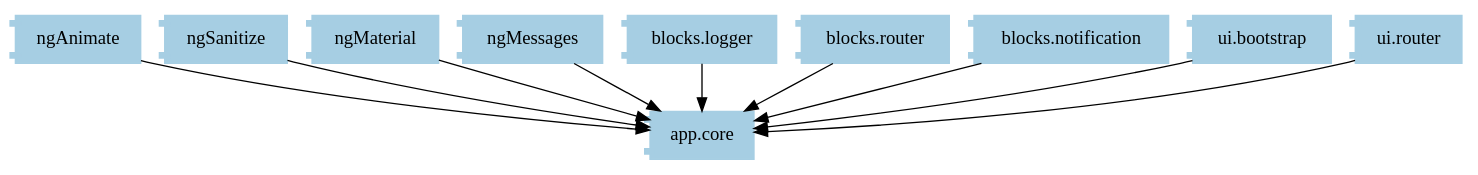
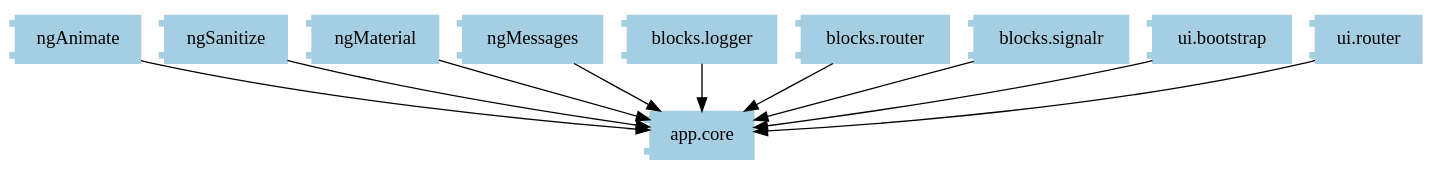
The diagram in client/architecture/dot/modules/app.core.dot (andrea-spotsoftware/angular-signalR), drawn with Graphviz before and after one commit. The commit also changed 17 other files, not shown here.

Commit message:
changed notificationHub to generic signalrHub

```diff
--- a/client/architecture/dot/modules/app.core.dot
+++ b/client/architecture/dot/modules/app.core.dot
@@ -1,76 +1,76 @@
 digraph dependencies {
   node[shape="component",style="filled",colorscheme=paired12]
 
 
     node[shape="component"]
     "app.core"[label="app.core", color=1]
 
     
       "ngAnimate"[label="ngAnimate", color=1]
       "ngAnimate" -> "app.core"
     
       "ngSanitize"[label="ngSanitize", color=1]
       "ngSanitize" -> "app.core"
     
       "ngMaterial"[label="ngMaterial", color=1]
       "ngMaterial" -> "app.core"
     
       "ngMessages"[label="ngMessages", color=1]
       "ngMessages" -> "app.core"
     
       "blocks.logger"[label="blocks.logger", color=1]
       "blocks.logger" -> "app.core"
     
       "blocks.router"[label="blocks.router", color=1]
       "blocks.router" -> "app.core"
     
-      "blocks.notification"[label="blocks.notification", color=1]
-      "blocks.notification" -> "app.core"
+      "blocks.signalr"[label="blocks.signalr", color=1]
+      "blocks.signalr" -> "app.core"
     
       "ui.bootstrap"[label="ui.bootstrap", color=1]
       "ui.bootstrap" -> "app.core"
     
       "ui.router"[label="ui.router", color=1]
       "ui.router" -> "app.core"
     
 
 
     node[shape="ellipse"]
     
 
 
     
 
     
 
     
 
     node[shape="cds"]
     
 
     
 
 
 
 
 
 
 
 
 
     node[shape="ellipse",style="filled", color=9]
     
 
     
 
 
     
 
     
 
     
 
     
 
 
 }
```
